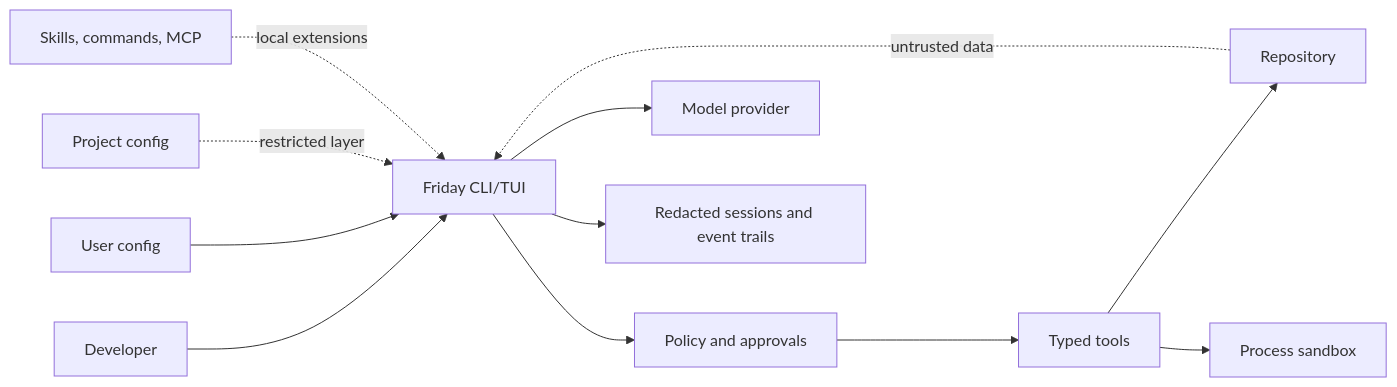
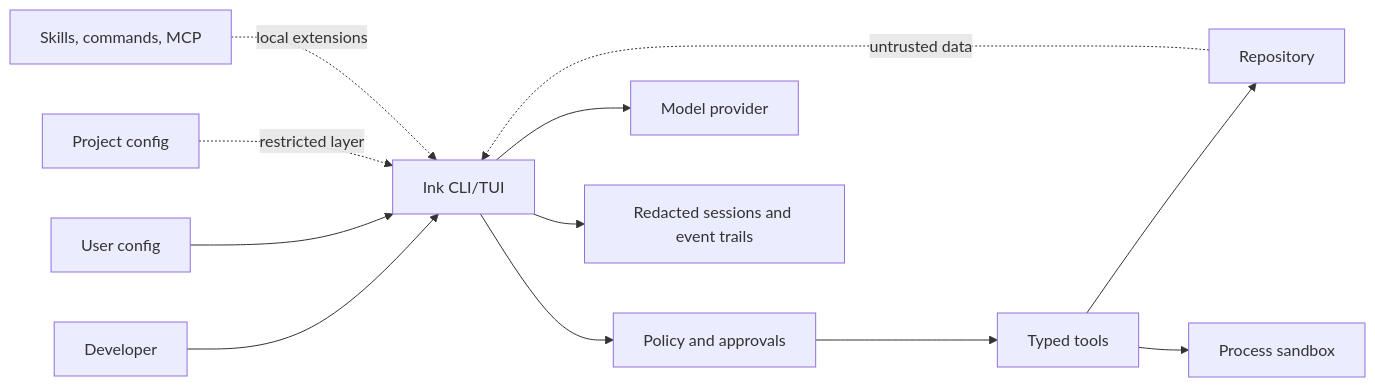
One commit to ataidesorg/friday changed the diagram in docs/security/threat-model.md. Above: the diagram before and after it, drawn with Mermaid. The commit also changed other lines of this file and 261 other files, not shown here.

Commit message:
refactor: rename Friday to Ink

````diff
--- a/docs/security/threat-model.md
+++ b/docs/security/threat-model.md
@@ -38,14 +38,14 @@
 ```mermaid
 flowchart LR
-    dev["Developer"] --> tui["Friday CLI/TUI"]
+    dev["Developer"] --> tui["Ink CLI/TUI"]
     repo["Repository"] -. untrusted data .-> tui
     cfg["User config"] --> tui
     proj["Project config"] -. restricted layer .-> tui
     ext["Skills, commands, MCP"] -. local extensions .-> tui
     tui --> policy["Policy and approvals"]
     policy --> tools["Typed tools"]
     tools --> repo
     tools --> sandbox["Process sandbox"]
     tui --> provider["Model provider"]
     tui --> store["Redacted sessions and event trails"]
 ```
````
